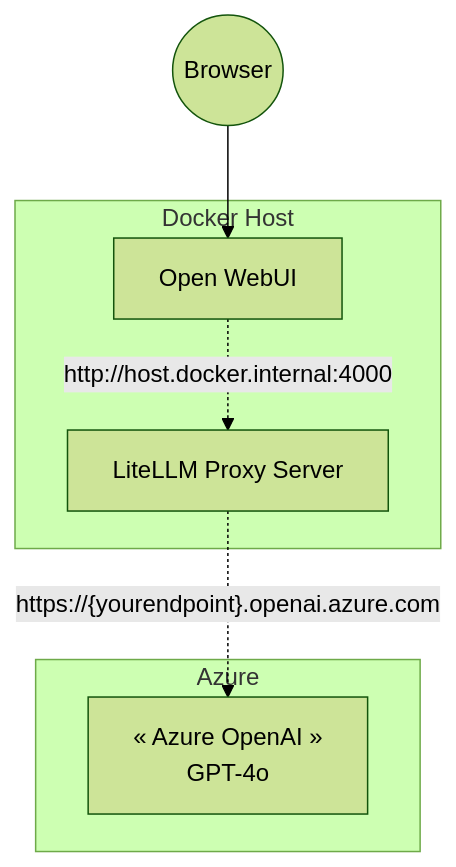
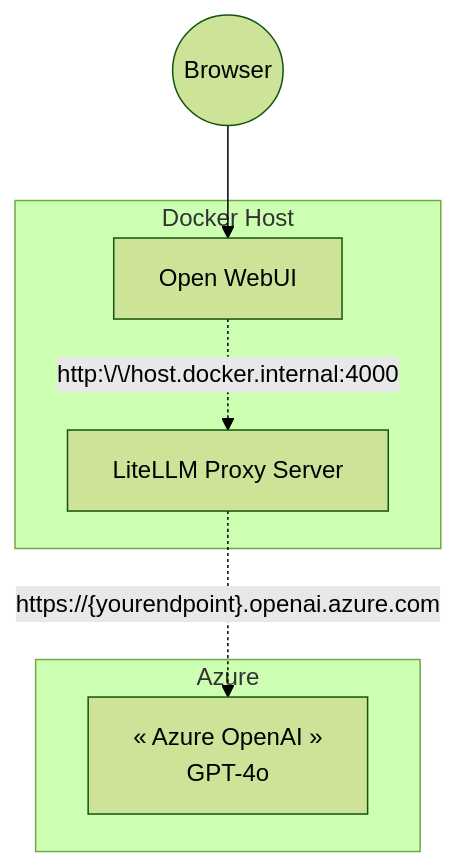
The diagram in _posts/2024-07-29-unlocking-the-power-of-azure-openai-on-open-webui.md (uright/uright.github.io), drawn with Mermaid (forest theme) before and after one commit.

Commit message:
Minor diagram fix

````diff
--- a/_posts/2024-07-29-unlocking-the-power-of-azure-openai-on-open-webui.md
+++ b/_posts/2024-07-29-unlocking-the-power-of-azure-openai-on-open-webui.md
@@ -25,20 +25,20 @@
 ```mermaid
 flowchart TB
   browser((Browser))
   openwebui[Open WebUI]
   litellm[LiteLLM Proxy Server]
-  azureopenai[« Azure OpenAI »\n GPT-4o]
+  azureopenai[« Azure OpenAI »<br>GPT-4o]
   
   subgraph "Docker Host"
     openwebui
     litellm
   end
 
   subgraph "Azure"
     azureopenai
   end
 
   browser --> openwebui
-  openwebui -. "http://host.docker.internal:4000" .-> litellm
+  openwebui -. "http:\/\/host.docker.internal:4000" .-> litellm
   litellm -. "https://{yourendpoint}.openai.azure.com" .-> azureopenai
 ```
````
